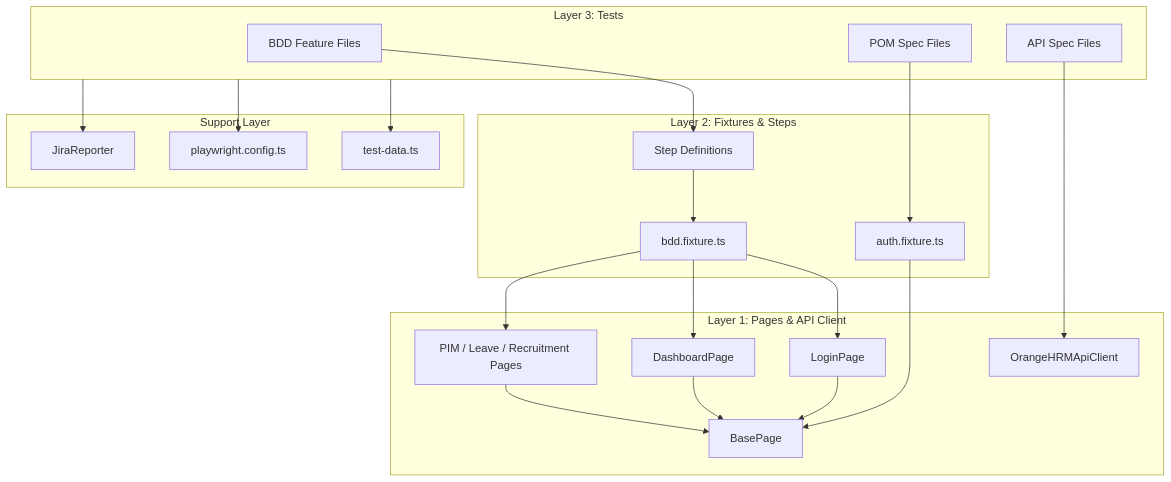
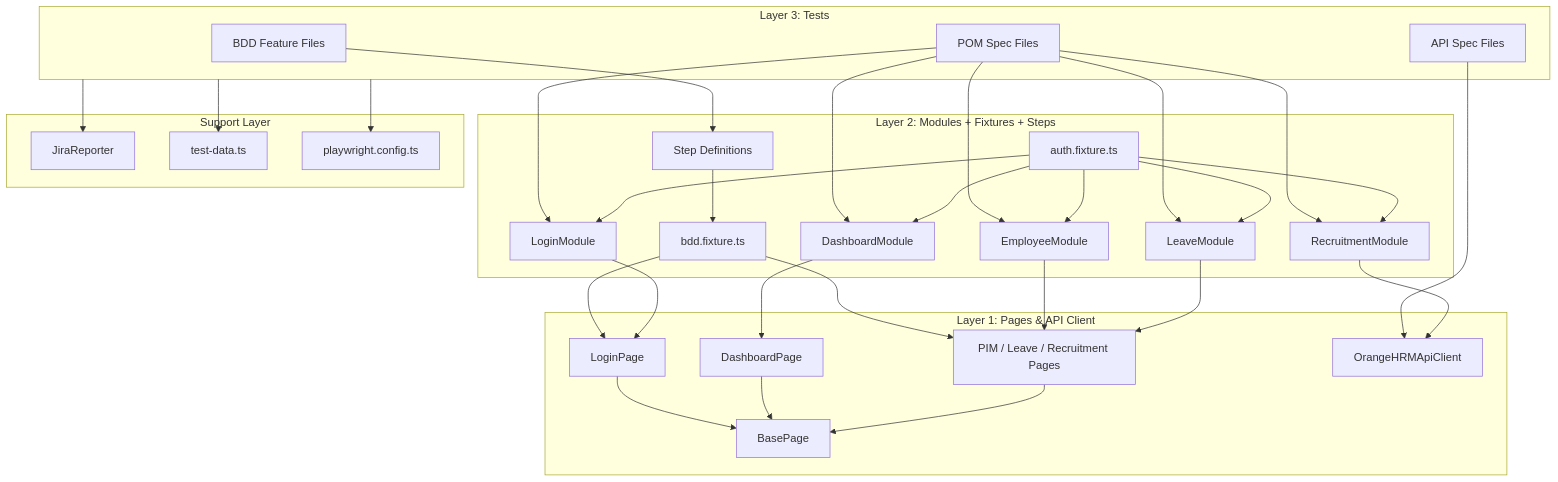
One commit to tresajohn/playwright-e2e-suite changed the first of 3 diagrams in README.md. Above: the diagram before and after it, drawn with Mermaid. The commit also changed other lines of this file and 1 other file, not shown here.

Commit message:
feat: add module barrel export and update architecture docs
Adds tests/modules/index.ts barrel re-exporting all five business-logic
modules. Updates README architecture diagram and flow diagrams to reflect
the new Module layer sitting between Tests and Pages.

````diff
--- a/README.md
+++ b/README.md
@@ -85,46 +89,65 @@
 ```mermaid
 flowchart TB
     subgraph Tests["Layer 3: Tests"]
         T1[BDD Feature Files]
         T2[POM Spec Files]
         T3[API Spec Files]
     end
 
-    subgraph Fixtures["Layer 2: Fixtures & Steps"]
+    subgraph Modules["Layer 2: Modules + Fixtures + Steps"]
+        M1[LoginModule]
+        M2[EmployeeModule]
+        M3[LeaveModule]
+        M4[RecruitmentModule]
+        M5[DashboardModule]
         F1[auth.fixture.ts]
         F2[bdd.fixture.ts]
         S1[Step Definitions]
     end
 
     subgraph Pages["Layer 1: Pages & API Client"]
         P1[BasePage]
         P2[LoginPage]
         P3[DashboardPage]
         P4[PIM / Leave / Recruitment Pages]
         A1[OrangeHRMApiClient]
     end
 
     subgraph Support["Support Layer"]
         R[JiraReporter]
         U[test-data.ts]
         C[playwright.config.ts]
     end
 
     T1 --> S1
-    T2 --> F1
+    T2 --> M1
+    T2 --> M2
+    T2 --> M3
+    T2 --> M4
+    T2 --> M5
     T3 --> A1
 
     S1 --> F2
     F2 --> P2
-    F2 --> P3
     F2 --> P4
 
-    F1 --> P1
+    F1 --> M1
+    F1 --> M2
+    F1 --> M3
+    F1 --> M4
+    F1 --> M5
+
+    M1 --> P2
+    M2 --> P4
+    M3 --> P4
+    M4 --> A1
+    M5 --> P3
+
     P2 --> P1
     P3 --> P1
     P4 --> P1
 
     Tests --> U
     Tests --> C
     Tests --> R
 ```
````
